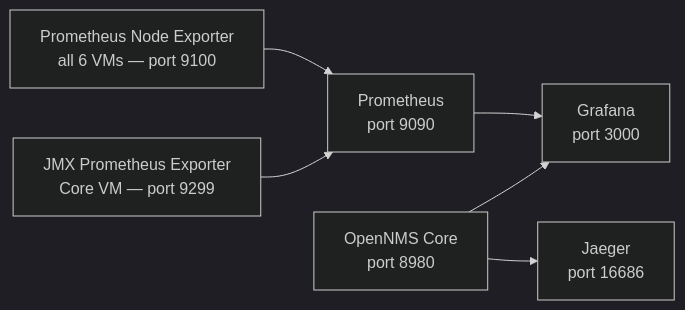
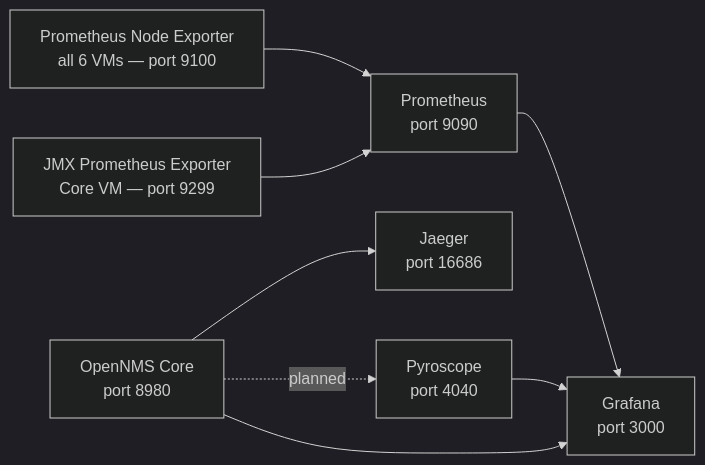
Before and after one commit to indigo423/opennms-benchmark: the third of 3 diagrams in docs/architecture.md, drawn with Mermaid (dark theme). The commit also changed other lines of this file and 15 other files, not shown here.

````diff
--- a/docs/architecture.md
+++ b/docs/architecture.md
@@ -156,15 +157,18 @@
 ```mermaid
 flowchart LR
     NODE[Prometheus Node Exporter\nall 6 VMs — port 9100]
     JMX[JMX Prometheus Exporter\nCore VM — port 9299]
     PROM[Prometheus\nport 9090]
     GRAFANA[Grafana\nport 3000]
     JAEGER[Jaeger\nport 16686]
+    PYROSCOPE[Pyroscope\nport 4040]
     OPENNMS[OpenNMS Core\nport 8980]
 
     NODE --> PROM
     JMX --> PROM
     PROM --> GRAFANA
     OPENNMS --> JAEGER
+    OPENNMS -.->|planned| PYROSCOPE
+    PYROSCOPE --> GRAFANA
     OPENNMS --> GRAFANA
 ```
````
